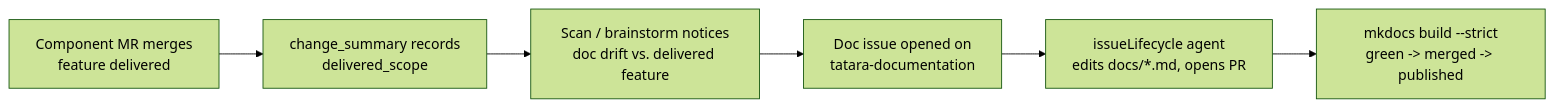
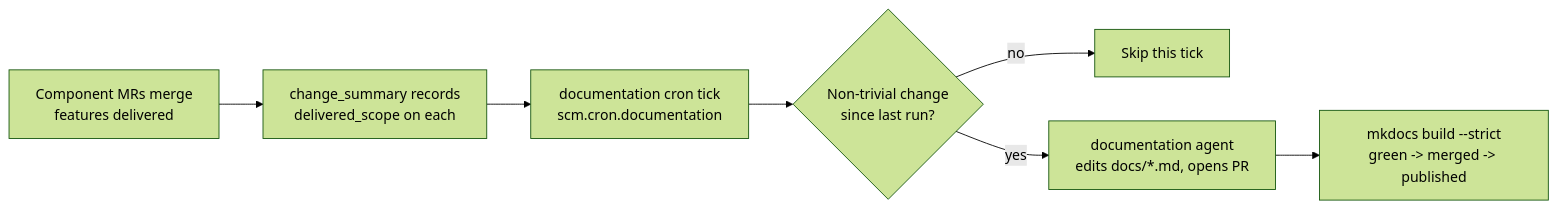
One commit to szymonrychu/tatara-documentation changed the second of 2 diagrams in docs/concepts/self-improvement.md. Above: the diagram before and after it, drawn with Mermaid (forest theme). The commit also changed other lines of this file and 39 other files, not shown here.

````diff
--- a/docs/concepts/self-improvement.md
+++ b/docs/concepts/self-improvement.md
@@ -193,8 +195,9 @@
 ```mermaid
 flowchart LR
-    A[Component MR merges<br/>feature delivered] --> B[change_summary records<br/>delivered_scope]
-    B --> C[Scan / brainstorm notices<br/>doc drift vs. delivered feature]
-    C --> D[Doc issue opened on<br/>tatara-documentation]
-    D --> E[issueLifecycle agent<br/>edits docs/*.md, opens PR]
-    E --> F[mkdocs build --strict<br/>green -> merged -> published]
+    A[Component MRs merge<br/>features delivered] --> B[change_summary records<br/>delivered_scope on each]
+    B --> C[documentation cron tick<br/>scm.cron.documentation]
+    C --> D{Non-trivial change<br/>since last run?}
+    D -->|no| E[Skip this tick]
+    D -->|yes| F[documentation agent<br/>edits docs/*.md, opens PR]
+    F --> G[mkdocs build --strict<br/>green -> merged -> published]
 ```
````
